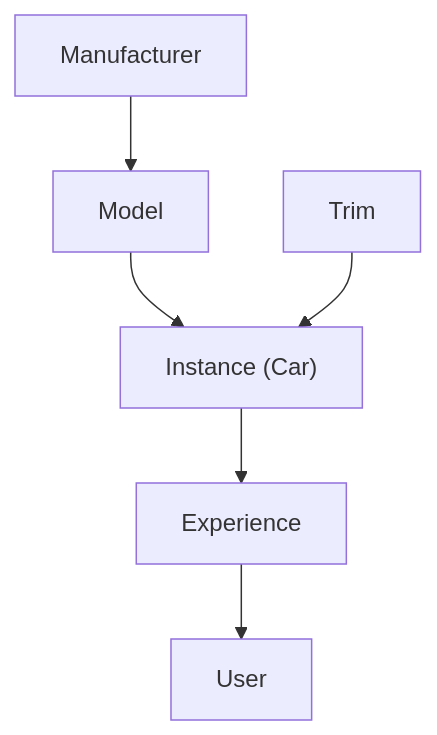
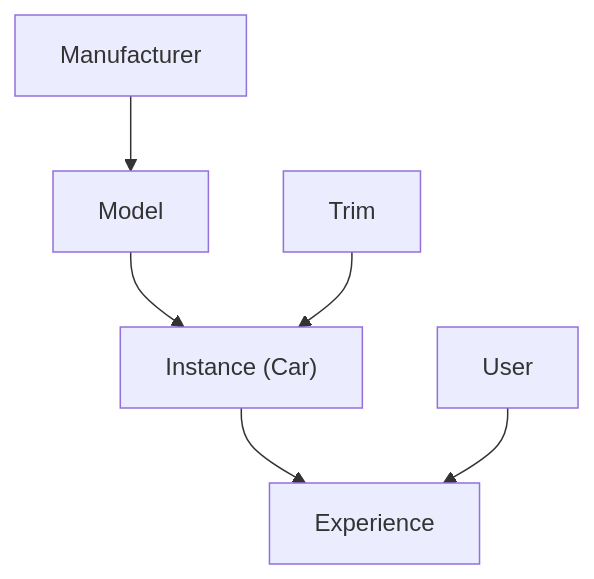
One commit to UUeird/dyno changed the diagram in docs/product.md. Above: the diagram before and after it, drawn with Mermaid.

Commit message:
Reorder User before Experience in product flow chart
User now feeds into Experience as its own branch, same as Trim into Instance.

````diff
--- a/docs/product.md
+++ b/docs/product.md
@@ -7,5 +7,6 @@
 ```mermaid
 flowchart TD
-    Manufacturer --> Model --> Instance["Instance (Car)"] --> Experience --> User
+    Manufacturer --> Model --> Instance["Instance (Car)"] --> Experience
     Trim --> Instance
+    User --> Experience
 ```
````
